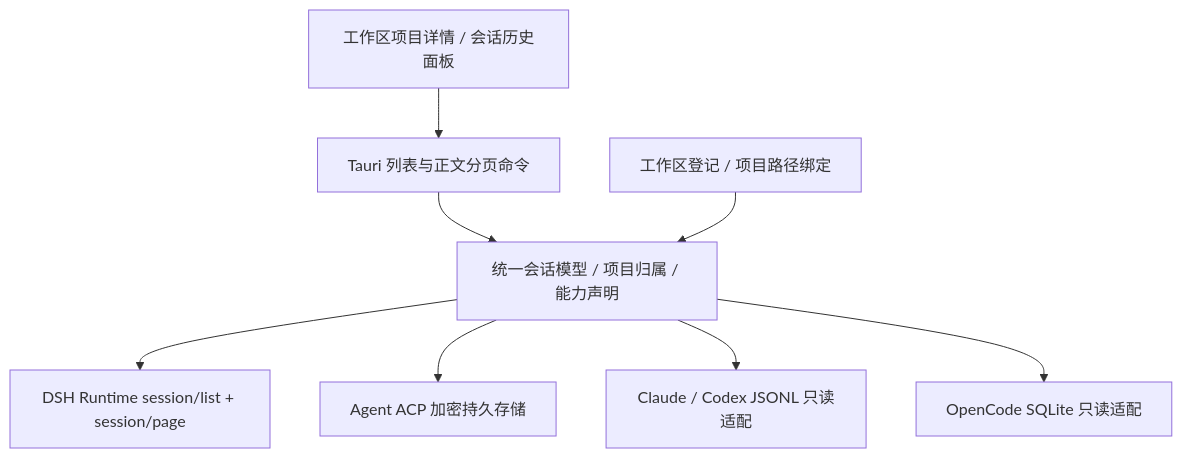
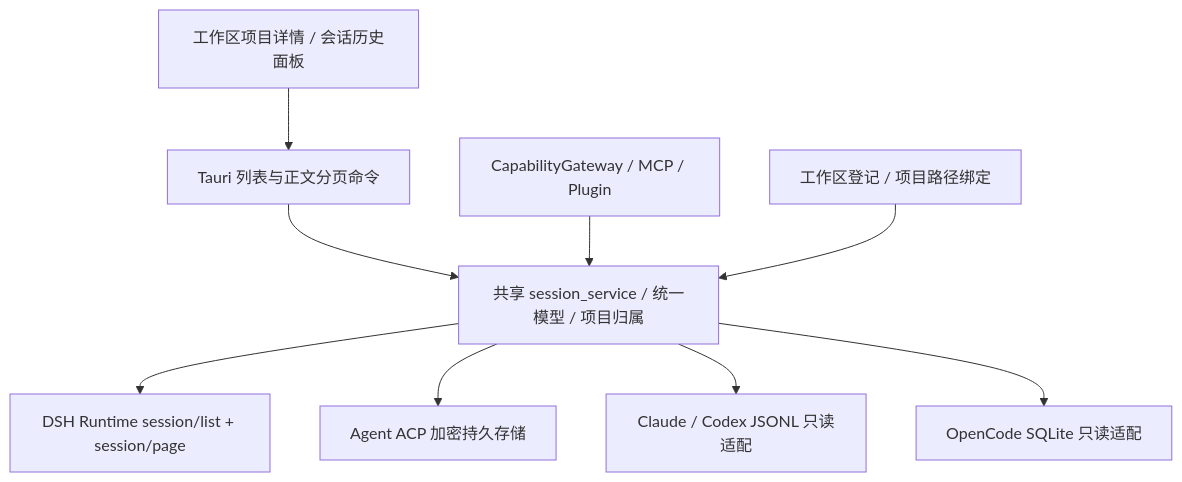
One commit to MrBaoquan/HiMind-Agent changed the diagram in docs/workspace-session-history.md. Above: the diagram before and after it, drawn with Mermaid. The commit also changed other lines of this file and 18 other files, not shown here.

Commit message:
feat(sessions): share workspace activity through capability gateway

````diff
--- a/docs/workspace-session-history.md
+++ b/docs/workspace-session-history.md
@@ -23,10 +25,11 @@
 ```mermaid
 flowchart TD
     Panel[工作区项目详情 / 会话历史面板] --> IPC[Tauri 列表与正文分页命令]
-    IPC --> Projection[统一会话模型 / 项目归属 / 能力声明]
+    IPC --> Projection[共享 session_service / 统一模型 / 项目归属]
+    Gateway[CapabilityGateway / MCP / Plugin] --> Projection
     Projection --> DSH[DSH Runtime session/list + session/page]
     Projection --> ACP[Agent ACP 加密持久存储]
     Projection --> Files[Claude / Codex JSONL 只读适配]
     Projection --> DB[OpenCode SQLite 只读适配]
     Registry[工作区登记 / 项目路径绑定] --> Projection
 ```
````
